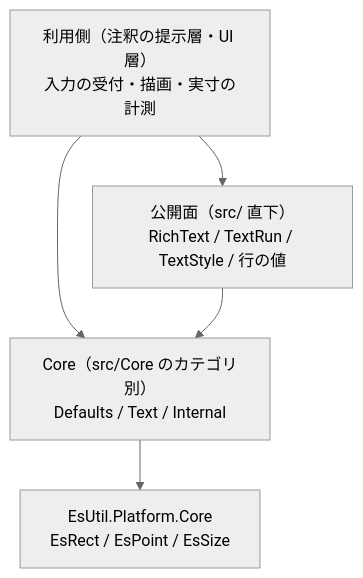
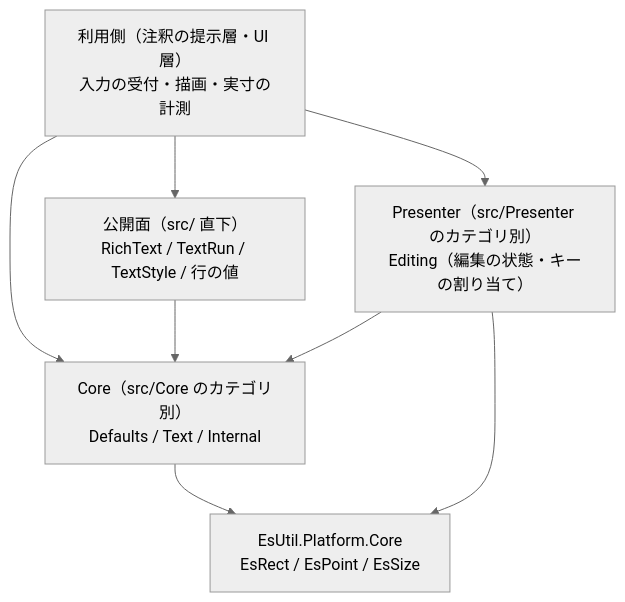
One commit to tomokuni/EsUtil changed the diagram in EsUtil/Feature.Text.Core/docs/SPEC_System.md. Above: the diagram before and after it, drawn with Mermaid (neutral theme). The commit also changed other lines of this file and 23 other files, not shown here.

````diff
--- a/EsUtil/Feature.Text.Core/docs/SPEC_System.md
+++ b/EsUtil/Feature.Text.Core/docs/SPEC_System.md
@@ -35,11 +35,15 @@
 ```mermaid
 flowchart TB
     H["利用側（注釈の提示層・UI 層）<br/>入力の受付・描画・実寸の計測"]
     F["公開面（src/ 直下）<br/>RichText / TextRun / TextStyle / 行の値"]
     C["Core（src/Core のカテゴリ別）<br/>Defaults / Text / Internal"]
+    P["Presenter（src/Presenter のカテゴリ別）<br/>Editing（編集の状態・キーの割り当て）"]
     PC["EsUtil.Platform.Core<br/>EsRect / EsPoint / EsSize"]
     H --> F
     H --> C
+    H --> P
     F --> C
     C --> PC
+    P --> C
+    P --> PC
 ```
````
